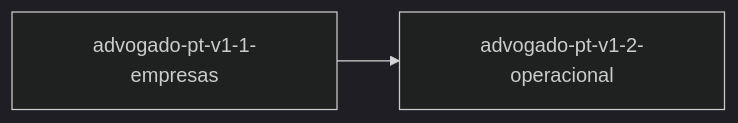
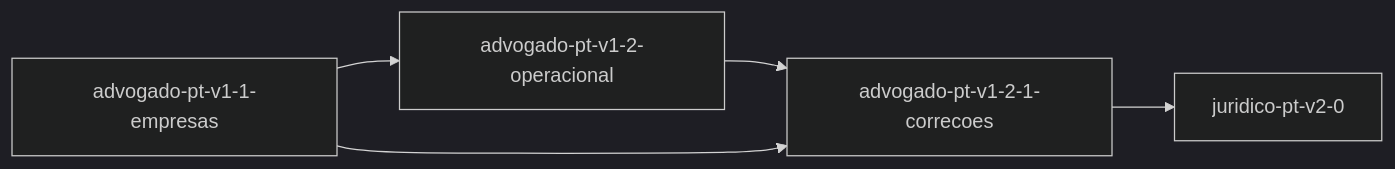
The diagram in .specs/ROADMAP.md (linofcp007/advogado-pt), drawn with Mermaid (dark theme) before and after one commit. The commit also changed other lines of this file and 34 other files, not shown here.

````diff
--- a/.specs/ROADMAP.md
+++ b/.specs/ROADMAP.md
@@ -23,4 +27,7 @@
 ```mermaid
 graph LR
+  advogado_pt_v1_2_operacional["advogado-pt-v1-2-operacional"] --> advogado_pt_v1_2_1_correcoes["advogado-pt-v1-2-1-correcoes"]
+  advogado_pt_v1_1_empresas["advogado-pt-v1-1-empresas"] --> advogado_pt_v1_2_1_correcoes["advogado-pt-v1-2-1-correcoes"]
   advogado_pt_v1_1_empresas["advogado-pt-v1-1-empresas"] --> advogado_pt_v1_2_operacional["advogado-pt-v1-2-operacional"]
+  advogado_pt_v1_2_1_correcoes["advogado-pt-v1-2-1-correcoes"] --> juridico_pt_v2_0["juridico-pt-v2-0"]
 ```
````
